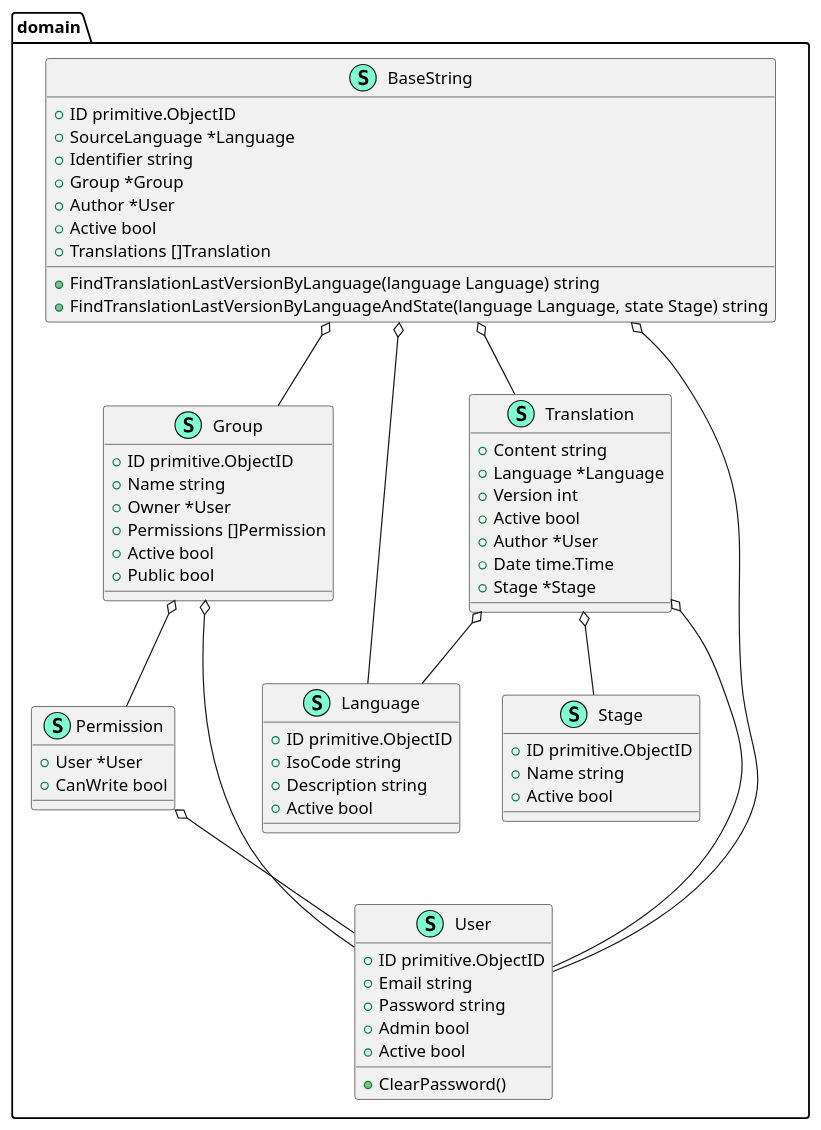
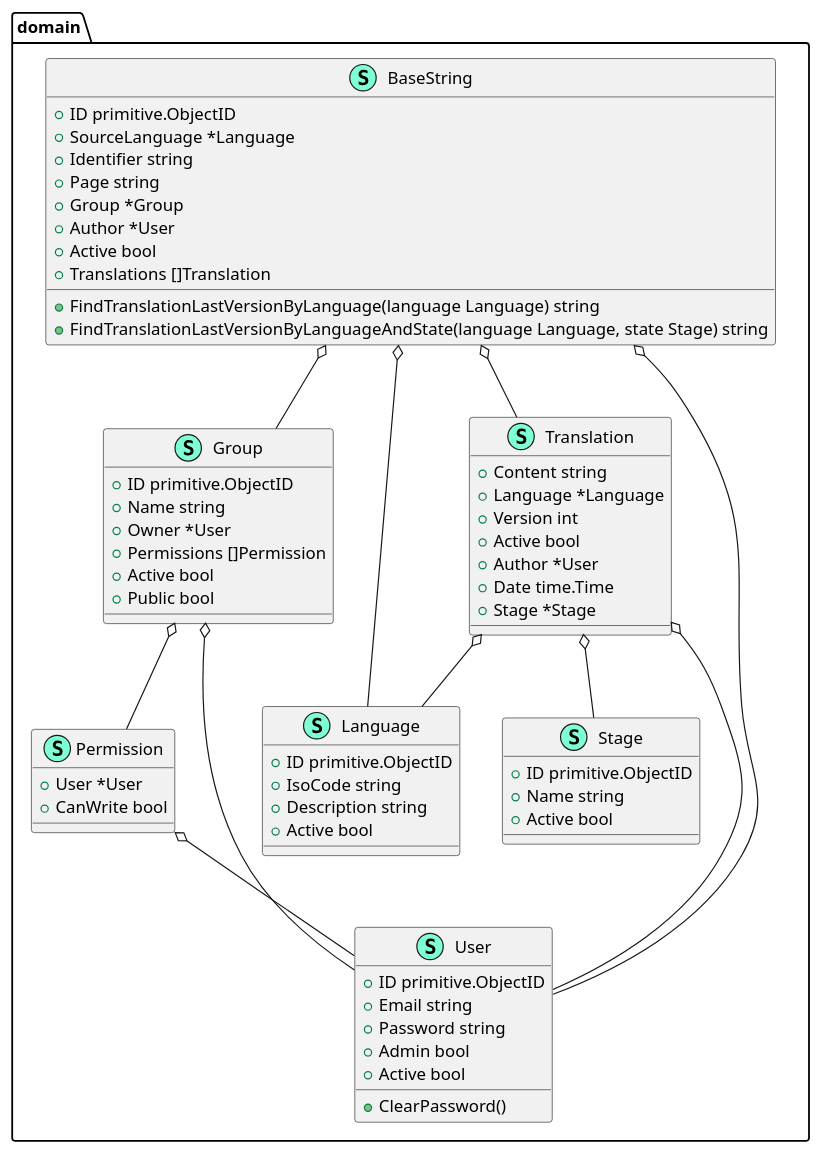
The diagram in backend/assets/UmlDiagram.puml (cafeteru/LocalizeMe), drawn with PlantUML before and after one commit. The commit also changed 3 other files, not shown here.

```diff
--- a/backend/assets/UmlDiagram.puml
+++ b/backend/assets/UmlDiagram.puml
@@ -1,77 +1,78 @@
 @startuml
 namespace domain {
     class BaseString << (S,Aquamarine) >> {
         + ID primitive.ObjectID
         + SourceLanguage *Language
         + Identifier string
+        + Page string
         + Group *Group
         + Author *User
         + Active bool
         + Translations []Translation
 
         + FindTranslationLastVersionByLanguage(language Language) string
         + FindTranslationLastVersionByLanguageAndState(language Language, state Stage) string
 
     }
     class Group << (S,Aquamarine) >> {
         + ID primitive.ObjectID
         + Name string
         + Owner *User
         + Permissions []Permission
         + Active bool
         + Public bool
 
     }
     class Language << (S,Aquamarine) >> {
         + ID primitive.ObjectID
         + IsoCode string
         + Description string
         + Active bool
 
     }
     class Permission << (S,Aquamarine) >> {
         + User *User
         + CanWrite bool
 
     }
     class Stage << (S,Aquamarine) >> {
         + ID primitive.ObjectID
         + Name string
         + Active bool
 
     }
     class Translation << (S,Aquamarine) >> {
         + Content string
         + Language *Language
         + Version int
         + Active bool
         + Author *User
         + Date time.Time
         + Stage *Stage
 
     }
     class User << (S,Aquamarine) >> {
         + ID primitive.ObjectID
         + Email string
         + Password string
         + Admin bool
         + Active bool
 
         + ClearPassword() 
 
     }
 }
 
 
 "domain.BaseString" o-- "domain.Group"
 "domain.BaseString" o-- "domain.Language"
 "domain.BaseString" o-- "domain.Translation"
 "domain.BaseString" o-- "domain.User"
 "domain.Group" o-- "domain.Permission"
 "domain.Group" o-- "domain.User"
 "domain.Permission" o-- "domain.User"
 "domain.Translation" o-- "domain.Language"
 "domain.Translation" o-- "domain.Stage"
 "domain.Translation" o-- "domain.User"
 
 @enduml
```
